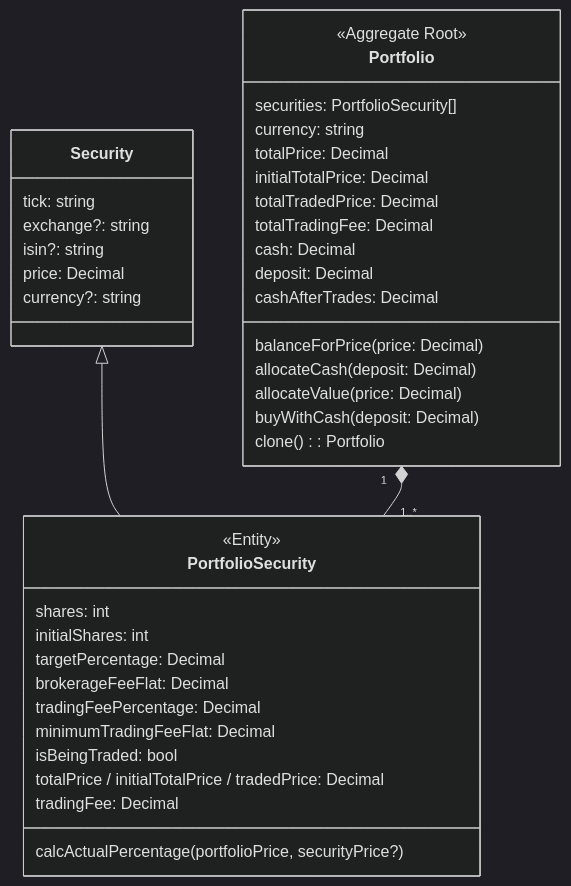
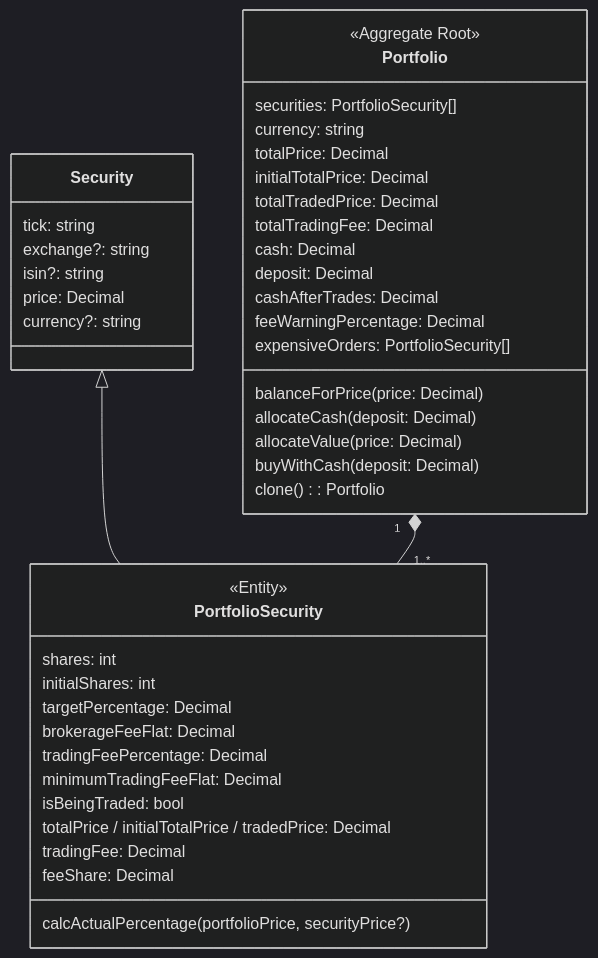
The second of 2 diagrams in docs/domain/README.md (armaaar/stock-calc), drawn with Mermaid (dark theme) before and after one commit. The commit also changed 20 other files, not shown here.

Commit message:
feat: warn about orders whose fee is a large share of their value

````diff
--- a/docs/domain/README.md
+++ b/docs/domain/README.md
@@ -63,42 +63,45 @@
 ```mermaid
 classDiagram
   class Portfolio {
     <<Aggregate Root>>
     securities: PortfolioSecurity[]
     currency: string
     totalPrice: Decimal
     initialTotalPrice: Decimal
     totalTradedPrice: Decimal
     totalTradingFee: Decimal
     cash: Decimal
     deposit: Decimal
     cashAfterTrades: Decimal
+    feeWarningPercentage: Decimal
+    expensiveOrders: PortfolioSecurity[]
     balanceForPrice(price: Decimal)
     allocateCash(deposit: Decimal)
     allocateValue(price: Decimal)
     buyWithCash(deposit: Decimal)
     clone(): Portfolio
   }
   class Security {
     tick: string
     exchange?: string
     isin?: string
     price: Decimal
     currency?: string
   }
   class PortfolioSecurity {
     <<Entity>>
     shares: int
     initialShares: int
     targetPercentage: Decimal
     brokerageFeeFlat: Decimal
     tradingFeePercentage: Decimal
     minimumTradingFeeFlat: Decimal
     isBeingTraded: bool
     totalPrice / initialTotalPrice / tradedPrice: Decimal
     tradingFee: Decimal
+    feeShare: Decimal
     calcActualPercentage(portfolioPrice, securityPrice?)
   }
   Security <|-- PortfolioSecurity
   Portfolio "1" *-- "1..*" PortfolioSecurity
 ```
````
